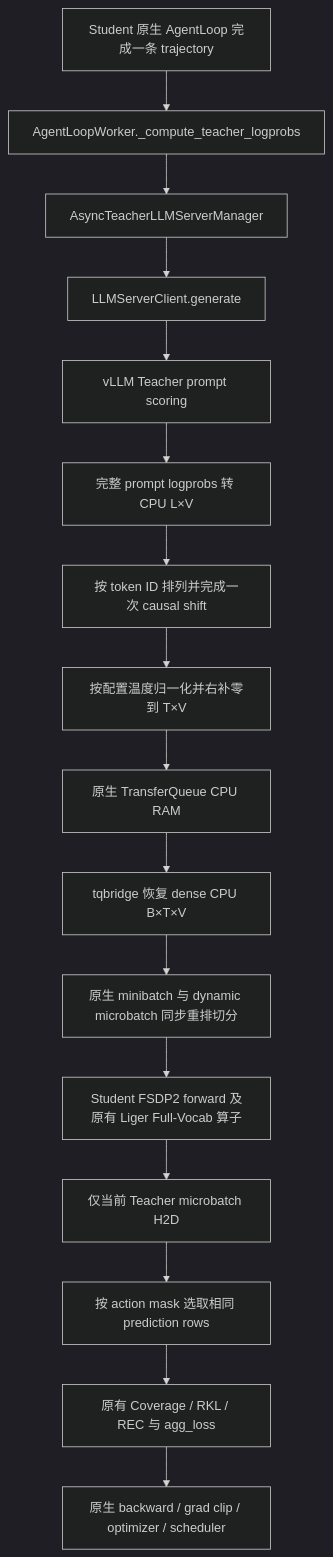
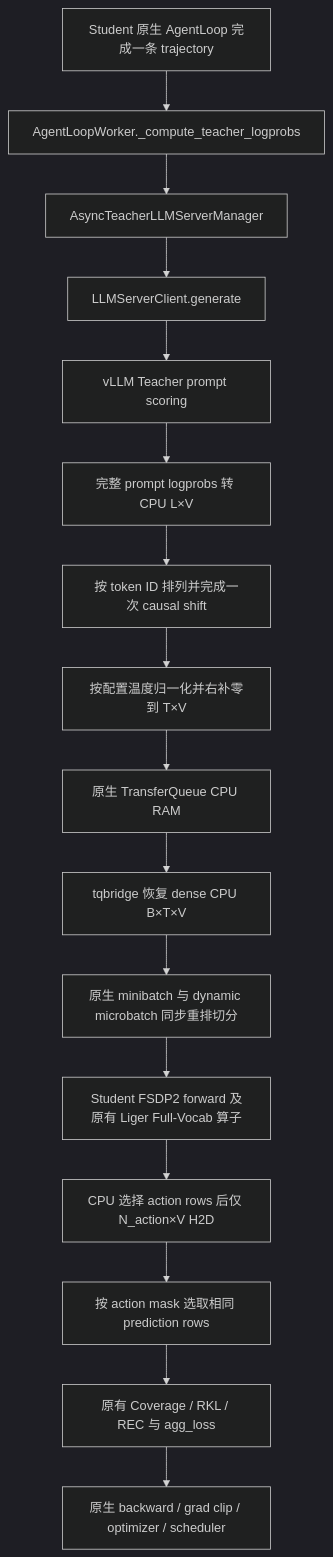
The diagram in docs/full_vocab_opd.md (Muradil-mamat-211/HyOPD), drawn with Mermaid (dark theme) before and after one commit. The commit also changed other lines of this file and 12 other files, not shown here.

First line of the commit message:
fix(opd): align recovery schedule and transfer only action rows

````diff
--- a/docs/full_vocab_opd.md
+++ b/docs/full_vocab_opd.md
@@ -10,18 +11,18 @@
 ```mermaid
 flowchart TD
     A[Student 原生 AgentLoop 完成一条 trajectory] --> B[AgentLoopWorker._compute_teacher_logprobs]
     B --> C[AsyncTeacherLLMServerManager]
     C --> D[LLMServerClient.generate]
     D --> E[vLLM Teacher prompt scoring]
     E --> F[完整 prompt logprobs 转 CPU L×V]
     F --> G[按 token ID 排列并完成一次 causal shift]
     G --> H[按配置温度归一化并右补零到 T×V]
     H --> I[原生 TransferQueue CPU RAM]
     I --> J[tqbridge 恢复 dense CPU B×T×V]
     J --> K[原生 minibatch 与 dynamic microbatch 同步重排切分]
     K --> L[Student FSDP2 forward 及原有 Liger Full-Vocab 算子]
-    L --> M[仅当前 Teacher microbatch H2D]
+    L --> M[CPU 选择 action rows 后仅 N_action×V H2D]
     M --> N[按 action mask 选取相同 prediction rows]
     N --> O[原有 Coverage / RKL / REC 与 agg_loss]
     O --> P[原生 backward / grad clip / optimizer / scheduler]
 ```
````
